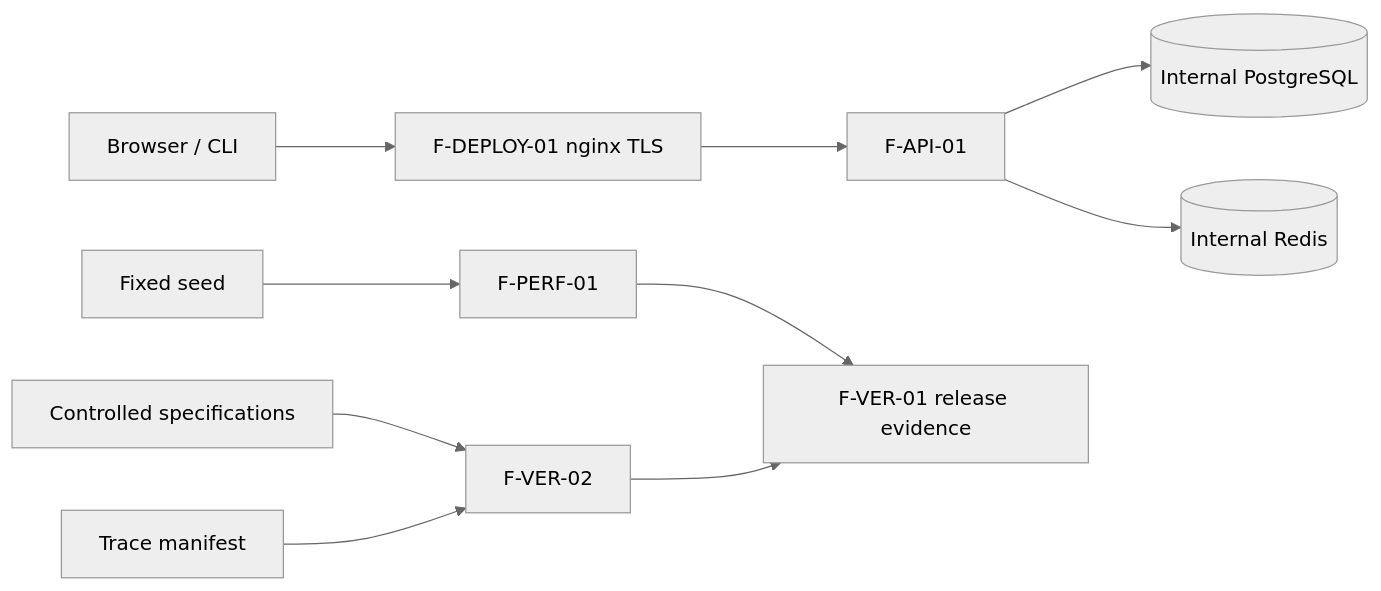
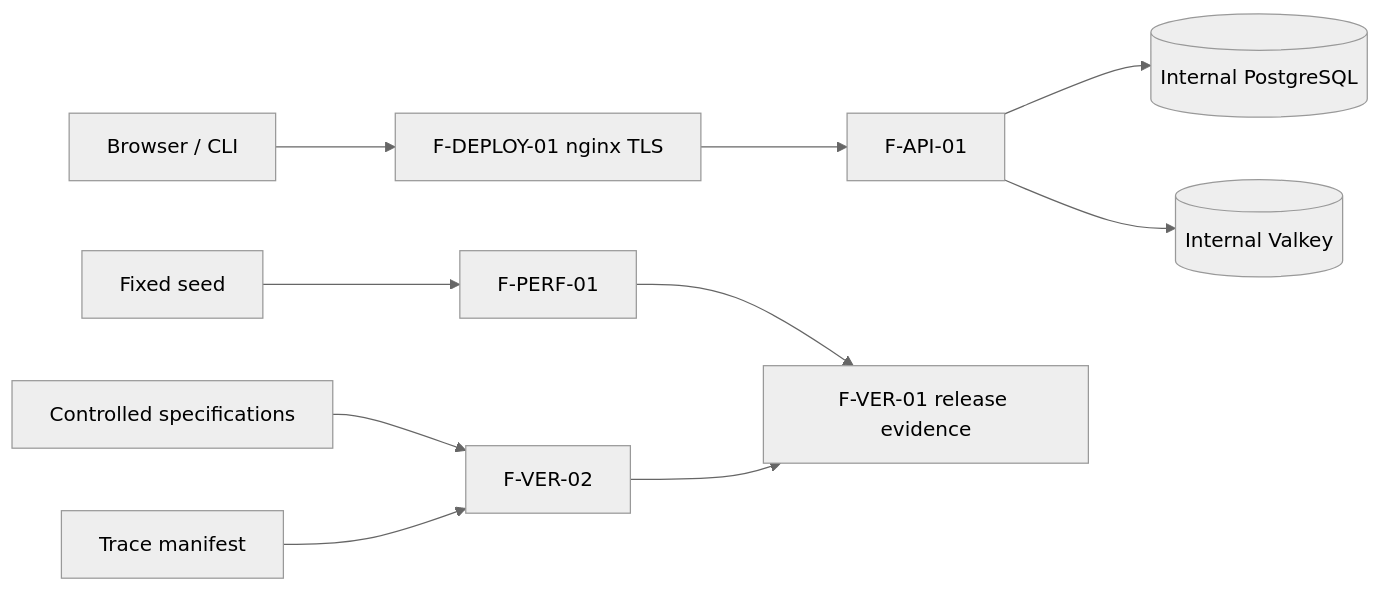
The fifth of 6 diagrams in docs/software_architecture.md (polyplay/lydianai_assurance_as_code), drawn with Mermaid (neutral theme) before and after one commit. The commit also changed other lines of this file and 32 other files, not shown here.

First line of the commit message:
``` Add Apache-2.0 licensing and replace Redis with Valkey

````diff
--- a/docs/software_architecture.md
+++ b/docs/software_architecture.md
@@ -275,12 +275,12 @@
 ```mermaid
 flowchart LR
     CLIENT[Browser / CLI] --> TLS[F-DEPLOY-01 nginx TLS]
     TLS --> API[F-API-01]
     API --> PG[(Internal PostgreSQL)]
-    API --> REDIS[(Internal Redis)]
+    API --> REDIS[(Internal Valkey)]
     SPECS[Controlled specifications] --> INVENTORY[F-VER-02]
     TRACE[Trace manifest] --> INVENTORY
     SEED[Fixed seed] --> PERF[F-PERF-01]
     PERF --> EVIDENCE[F-VER-01 release evidence]
     INVENTORY --> EVIDENCE
 ```
````
